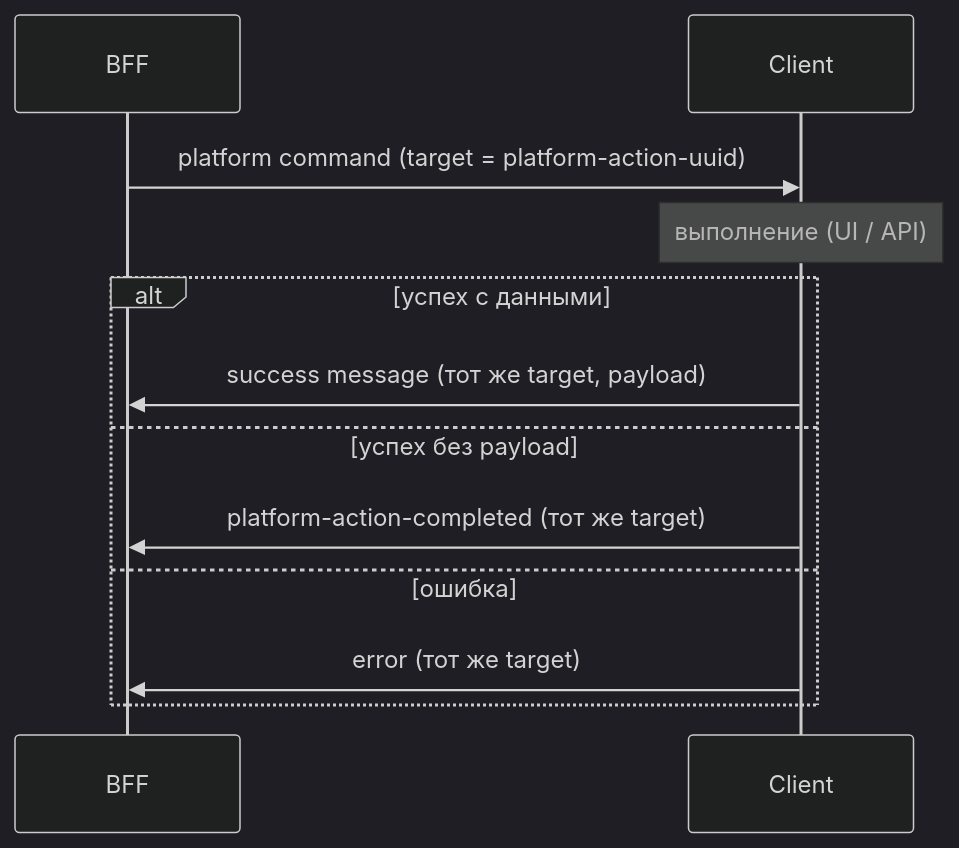
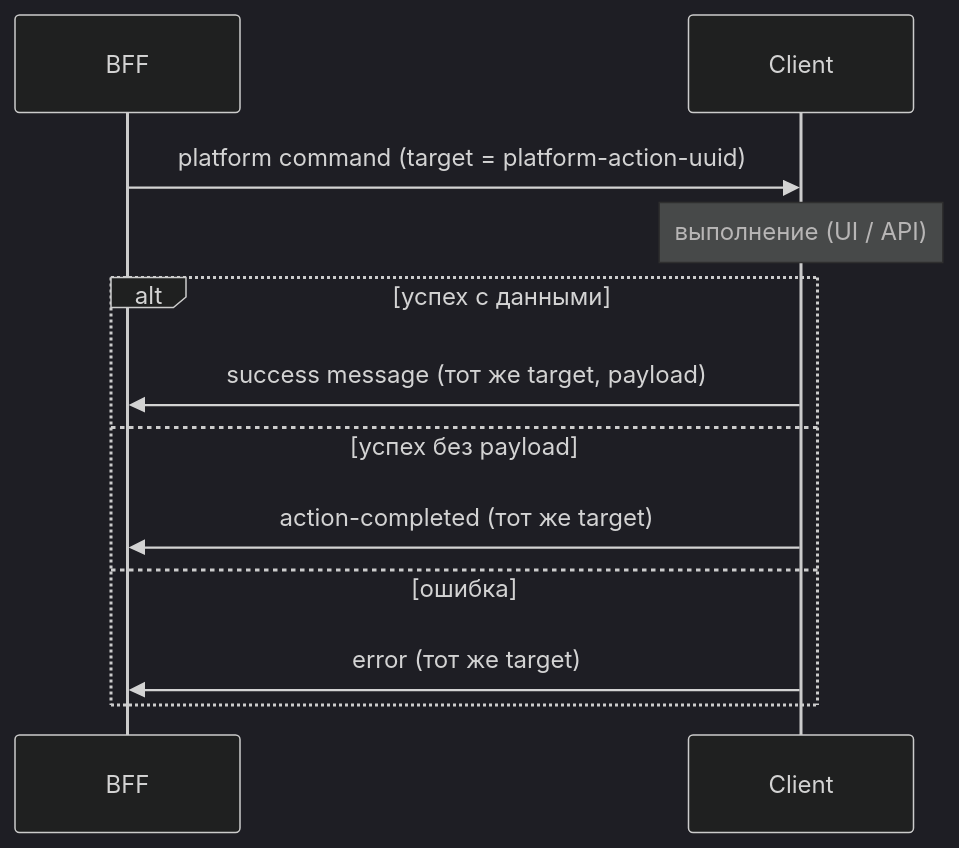
One commit to matreshka-dev/matreshka changed the diagram in docs/architecture/platform-actions.md. Above: the diagram before and after it, drawn with Mermaid (dark theme). The commit also changed other lines of this file and 69 other files, not shown here.

````diff
--- a/docs/architecture/platform-actions.md
+++ b/docs/architecture/platform-actions.md
@@ -38,15 +38,15 @@
 ```mermaid
 sequenceDiagram
   participant BFF
   participant Client
 
   BFF->>Client: platform command (target = platform-action-uuid)
   Note over Client: выполнение (UI / API)
   alt успех с данными
     Client->>BFF: success message (тот же target, payload)
   else успех без payload
-    Client->>BFF: platform-action-completed (тот же target)
+    Client->>BFF: action-completed (тот же target)
   else ошибка
     Client->>BFF: error (тот же target)
   end
 ```
````
